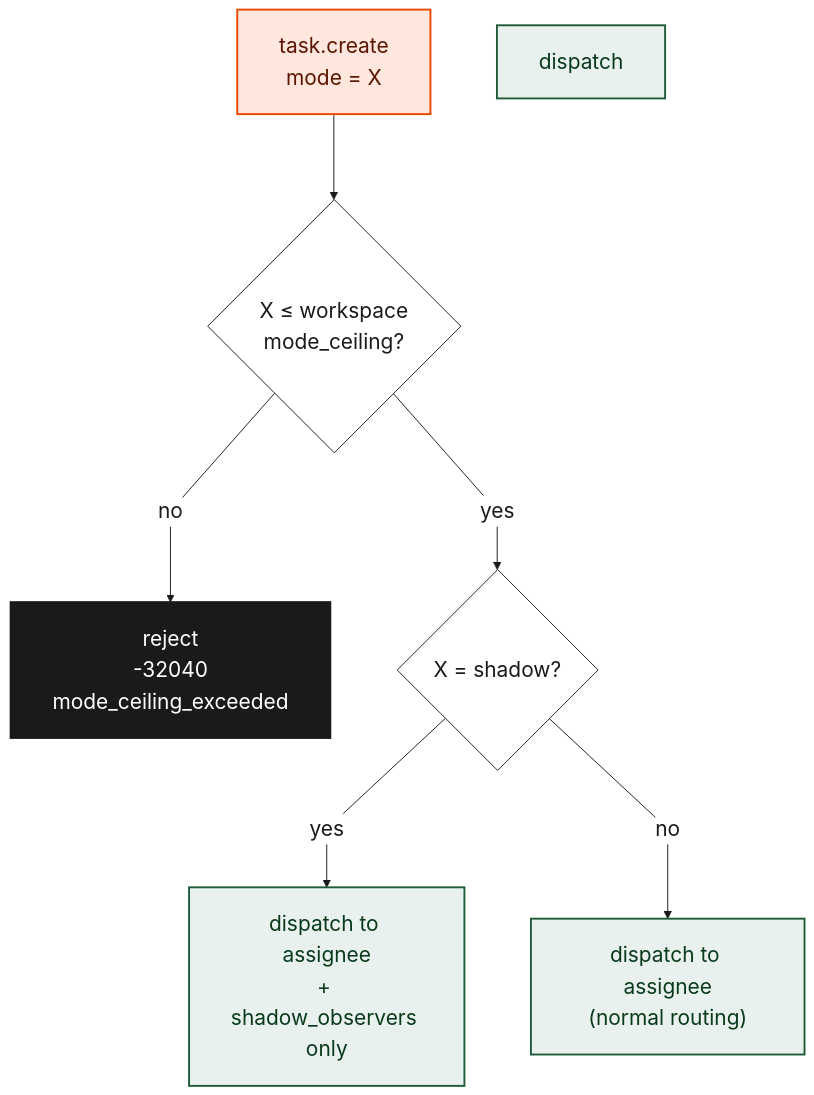
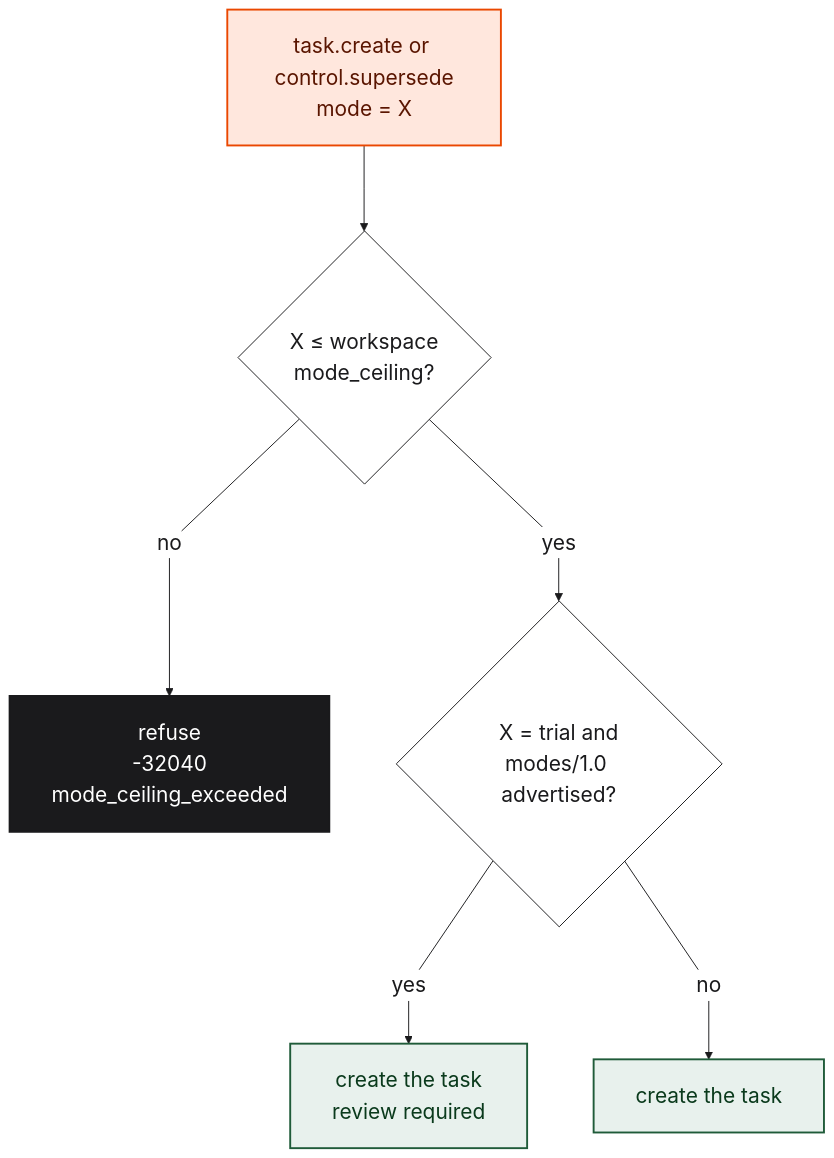
One commit to BrightbeamAI/chap changed the fifth of 9 diagrams in ARCHITECTURE.md. Above: the diagram before and after it, drawn with Mermaid. The commit also changed other lines of this file and 8 other files, not shown here.

````diff
--- a/ARCHITECTURE.md
+++ b/ARCHITECTURE.md
@@ -273,32 +281,31 @@
 ```mermaid
 %%{init: {
   "theme": "base",
   "themeVariables": {
     "fontSize": "22px",
     "fontFamily": "Arial, Helvetica, sans-serif",
     "primaryColor": "#ffffff",
     "primaryTextColor": "#1a1a1c",
     "primaryBorderColor": "#1a1a1c",
     "lineColor": "#1a1a1c"
   },
   "flowchart": { "curve": "linear", "nodeSpacing": 70, "rankSpacing": 90, "padding": 22 }
 }}%%
 flowchart TB
     classDef mode  fill:#FFE7DD,stroke:#EA4700,stroke-width:2px,color:#5a1500
     classDef ok    fill:#E8F1ED,stroke:#1f5b39,stroke-width:2px,color:#0a3a1c
     classDef block fill:#1a1a1c,stroke:#1a1a1c,stroke-width:2px,color:#ffffff
 
-    IN["task.create<br/>mode = X"]:::mode
+    IN["task.create or control.supersede<br/>mode = X"]:::mode
     CHK{"X ≤ workspace<br/>mode_ceiling?"}
-    YES["dispatch"]:::ok
-    NO["reject<br/>-32040<br/>mode_ceiling_exceeded"]:::block
-    OBS{"X = shadow?"}
-    ROUTE1["dispatch to assignee<br/>+ shadow_observers only"]:::ok
-    ROUTE2["dispatch to assignee<br/>(normal routing)"]:::ok
+    NO["refuse<br/>-32040<br/>mode_ceiling_exceeded"]:::block
+    TRIAL{"X = trial and<br/>modes/1.0 advertised?"}
+    REVIEW["create the task<br/>review required"]:::ok
+    PLAIN["create the task"]:::ok
 
     IN --> CHK
     CHK -- no  --> NO
-    CHK -- yes --> OBS
-    OBS -- yes --> ROUTE1
-    OBS -- no  --> ROUTE2
+    CHK -- yes --> TRIAL
+    TRIAL -- yes --> REVIEW
+    TRIAL -- no  --> PLAIN
 ```
````
